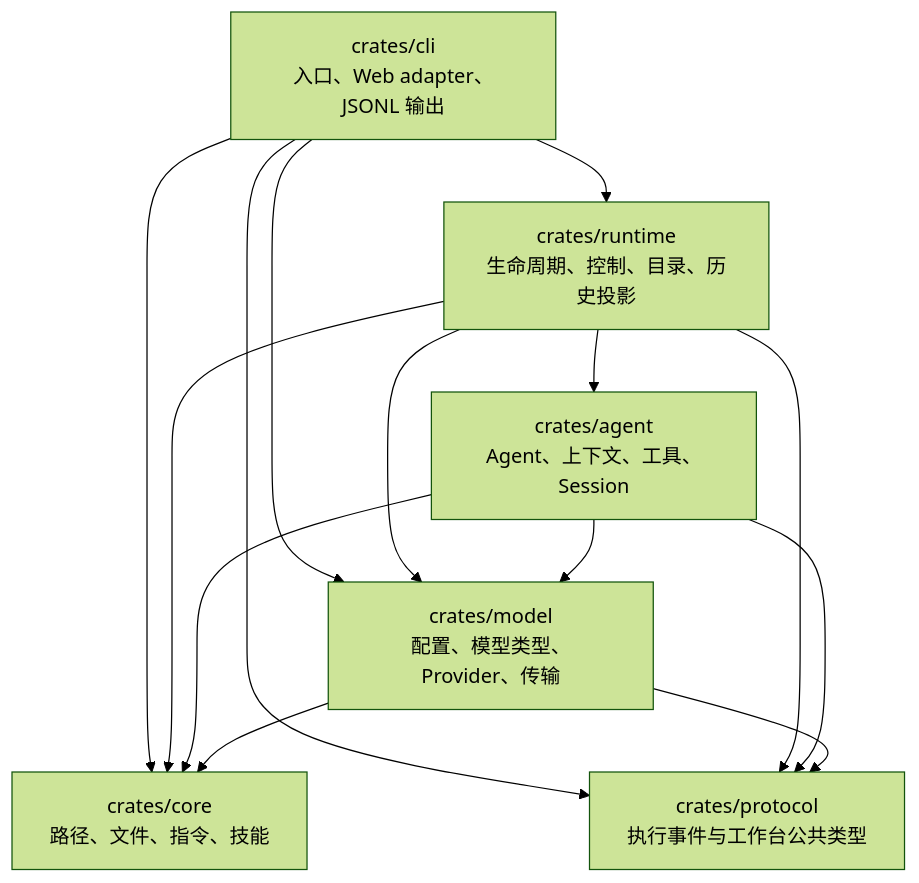
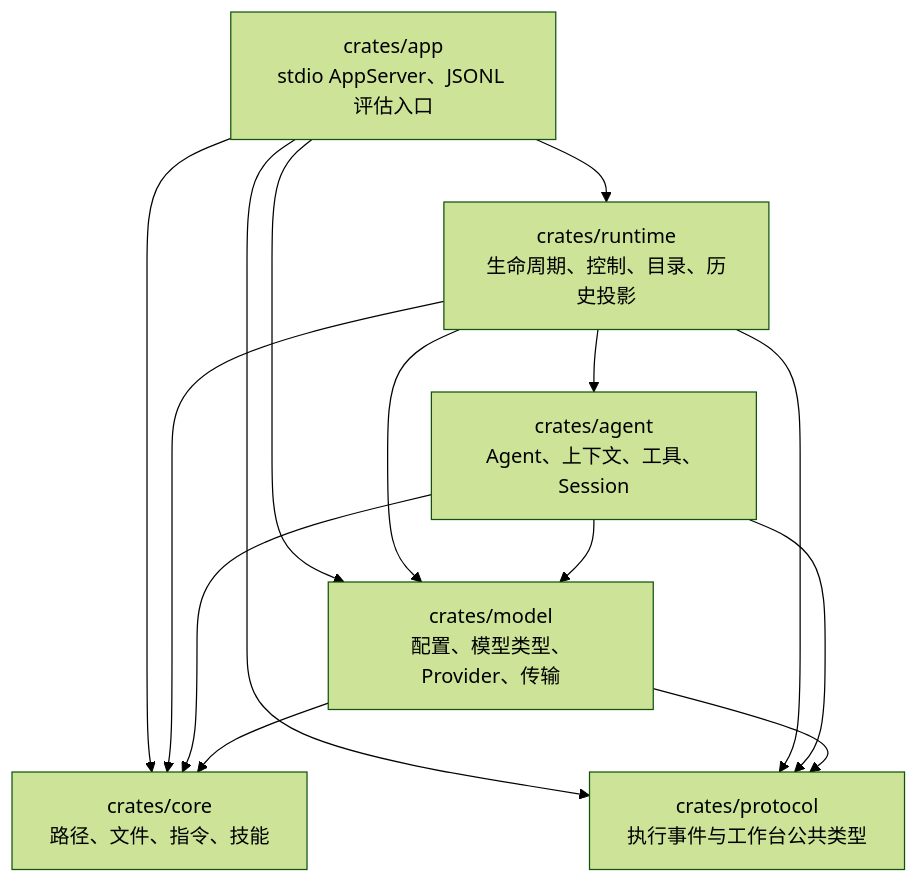
One commit to qjcnmd/singularity-agent changed the second of 29 diagrams in docs/architecture.md. Above: the diagram before and after it, drawn with Mermaid (forest theme). The commit also changed other lines of this file and 193 other files, not shown here.

````diff
--- a/docs/architecture.md
+++ b/docs/architecture.md
@@ -56,16 +56,16 @@
 ```mermaid
 flowchart TB
-    CLI["crates/cli<br/>入口、Web adapter、JSONL 输出"] --> Runtime["crates/runtime<br/>生命周期、控制、目录、历史投影"]
-    CLI --> Model["crates/model<br/>配置、模型类型、Provider、传输"]
-    CLI --> Core["crates/core<br/>路径、文件、指令、技能"]
-    CLI --> Protocol["crates/protocol<br/>执行事件与工作台公共类型"]
+    App["crates/app<br/>stdio AppServer、JSONL 评估入口"] --> Runtime["crates/runtime<br/>生命周期、控制、目录、历史投影"]
+    App --> Model["crates/model<br/>配置、模型类型、Provider、传输"]
+    App --> Core["crates/core<br/>路径、文件、指令、技能"]
+    App --> Protocol["crates/protocol<br/>执行事件与工作台公共类型"]
     Runtime --> Agent["crates/agent<br/>Agent、上下文、工具、Session"]
     Runtime --> Model
     Runtime --> Core
     Runtime --> Protocol
     Agent --> Model
     Agent --> Core
     Agent --> Protocol
     Model --> Core
     Model --> Protocol
 ```
````
